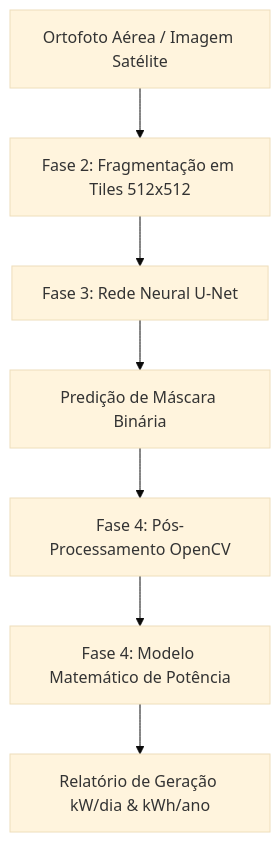
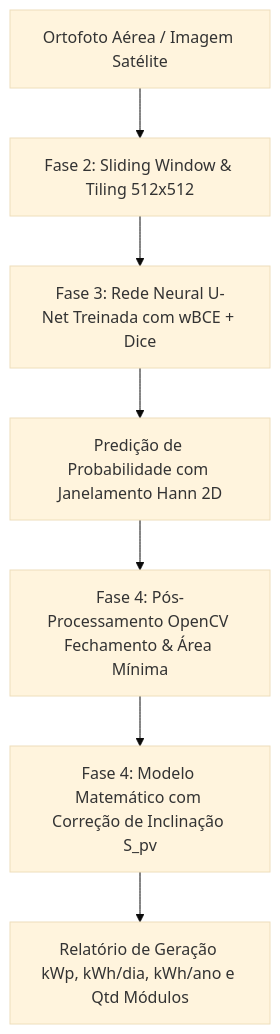
One commit to VitorSouzaDeveloper/SolarSegment changed the diagram in README.md. Above: the diagram before and after it, drawn with Mermaid (base theme). The commit also changed other lines of this file and 9 other files, not shown here.

````diff
--- a/README.md
+++ b/README.md
@@ -13,9 +13,9 @@
 ```mermaid
 graph TD
-    A[Ortofoto Aérea / Imagem Satélite] --> B[Fase 2: Fragmentação em Tiles 512x512]
-    B --> C[Fase 3: Rede Neural U-Net]
-    C --> D[Predição de Máscara Binária]
-    D --> E[Fase 4: Pós-Processamento OpenCV]
-    E --> F[Fase 4: Modelo Matemático de Potência]
-    F --> G[Relatório de Geração kW/dia & kWh/ano]
+    A[Ortofoto Aérea / Imagem Satélite] --> B[Fase 2: Sliding Window & Tiling 512x512]
+    B --> C[Fase 3: Rede Neural U-Net Treinada com wBCE + Dice]
+    C --> D[Predição de Probabilidade com Janelamento Hann 2D]
+    D --> E[Fase 4: Pós-Processamento OpenCV Fechamento & Área Mínima]
+    E --> F[Fase 4: Modelo Matemático com Correção de Inclinação S_pv]
+    F --> G[Relatório de Geração kWp, kWh/dia, kWh/ano e Qtd Módulos]
 ```
````
